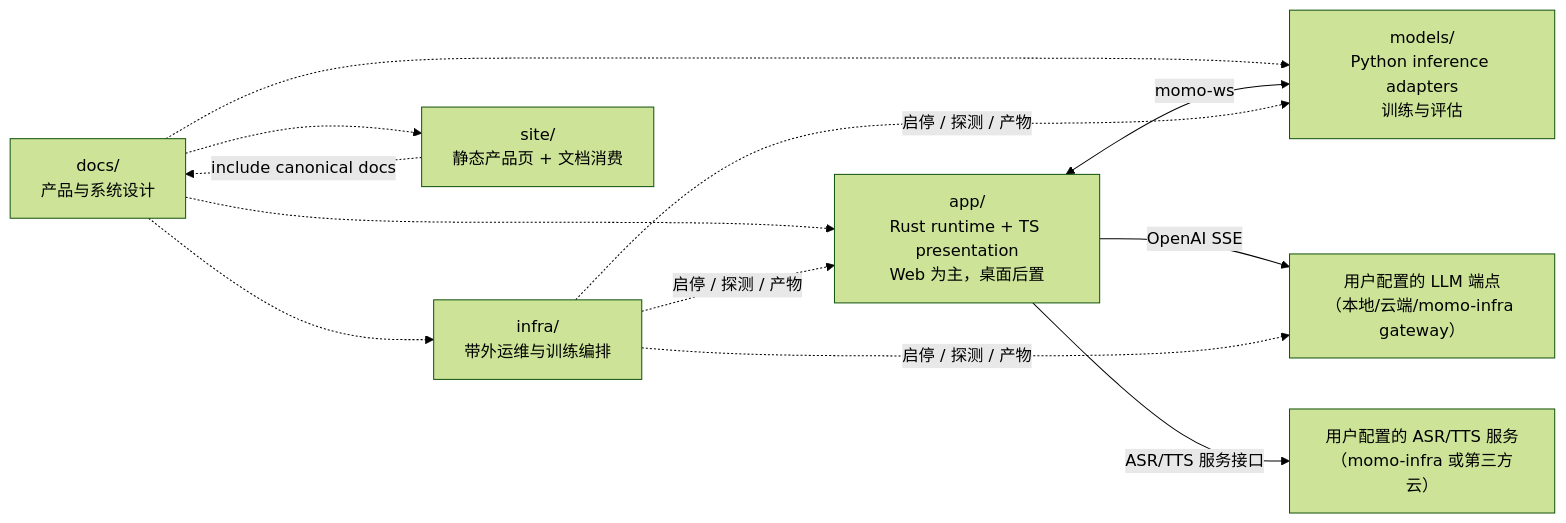
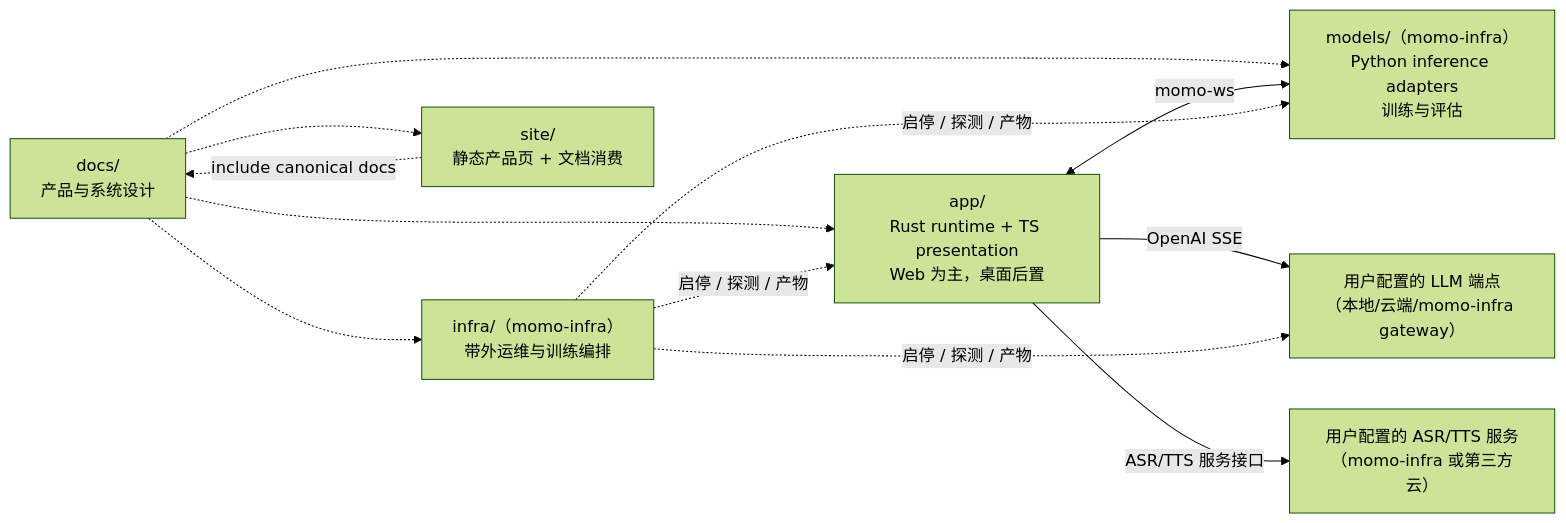
Before and after one commit to Momoyeyu/momo: the second of 2 diagrams in docs/01-architecture/boundaries.md, drawn with Mermaid (forest theme). The commit also changed other lines of this file and 144 other files, not shown here.

Commit message:
chore: split models/, infra/, evals/voice/ and config schema to momo-infra

````diff
--- a/docs/01-architecture/boundaries.md
+++ b/docs/01-architecture/boundaries.md
@@ -25,12 +21,12 @@
 ```mermaid
 flowchart LR
     DOCS["docs/<br/>产品与系统设计"] -.-> APP["app/<br/>Rust runtime + TS presentation<br/>Web 为主，桌面后置"]
-    DOCS -.-> MODELS["models/<br/>Python inference adapters<br/>训练与评估"]
-    DOCS -.-> INFRA["infra/<br/>带外运维与训练编排"]
+    DOCS -.-> MODELS["models/（momo-infra）<br/>Python inference adapters<br/>训练与评估"]
+    DOCS -.-> INFRA["infra/（momo-infra）<br/>带外运维与训练编排"]
     DOCS -.-> SITE["site/<br/>静态产品页 + 文档消费"]
     APP <-->|"momo-ws"| MODELS
     APP -->|"OpenAI SSE"| LLM["用户配置的 LLM 端点<br/>（本地/云端/momo-infra gateway）"]
     APP -->|"ASR/TTS 服务接口"| EXTVOICE["用户配置的 ASR/TTS 服务<br/>（momo-infra 或第三方云）"]
     INFRA -.->|"启停 / 探测 / 产物"| APP & MODELS & LLM
     SITE -.->|"include canonical docs"| DOCS
 ```
````
